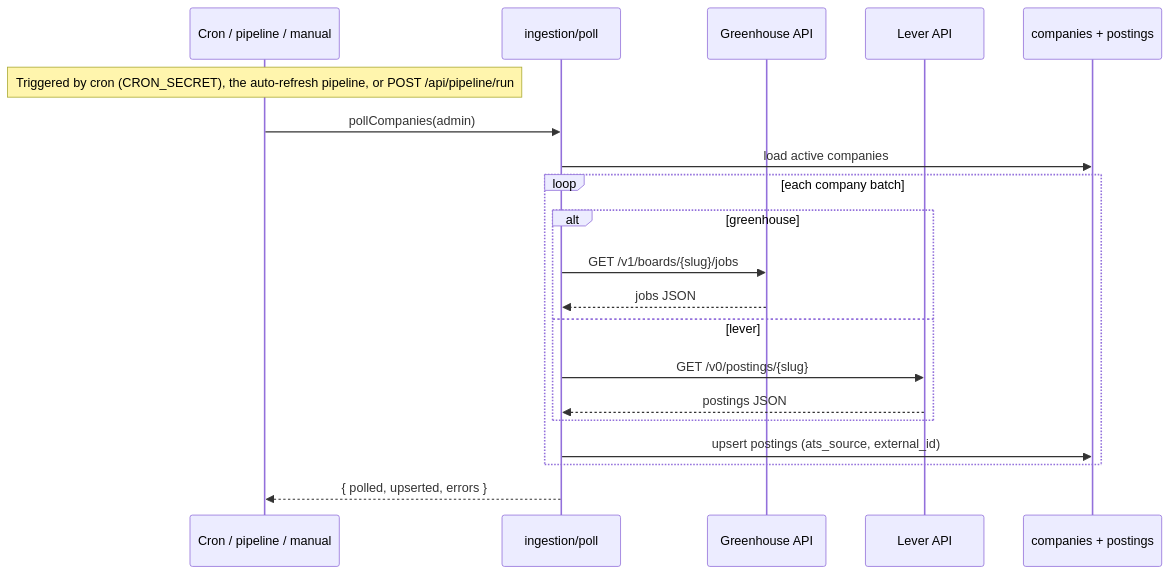
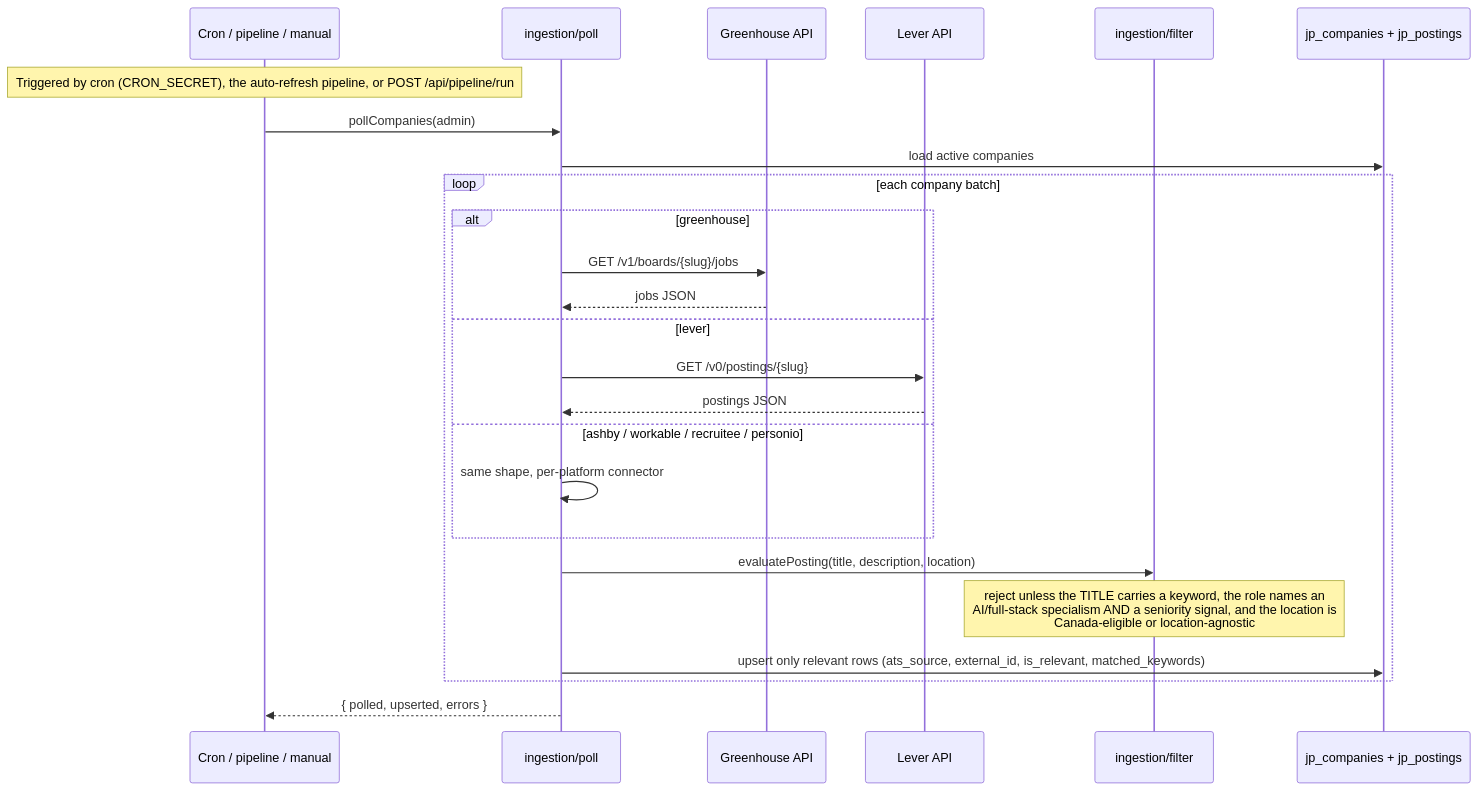
One commit to jxjwilliam/jobPilot changed the fifth of 13 diagrams in docs/03-jobpilot-workflow.md. Above: the diagram before and after it, drawn with Mermaid. The commit also changed other lines of this file and 19 other files, not shown here.

First line of the commit message:
feat(pipeline): widen ATS sources, add relevance gate, seed Canadian companies

````diff
--- a/docs/03-jobpilot-workflow.md
+++ b/docs/03-jobpilot-workflow.md
@@ -142,23 +142,28 @@
 ```mermaid
 sequenceDiagram
   participant Trig as Cron / pipeline / manual
   participant Ing as ingestion/poll
   participant GH as Greenhouse API
   participant LV as Lever API
-  participant DB as companies + postings
+  participant FL as ingestion/filter
+  participant DB as jp_companies + jp_postings
 
   Note over Trig: Triggered by cron (CRON_SECRET), the auto-refresh pipeline, or POST /api/pipeline/run
   Trig->>Ing: pollCompanies(admin)
   Ing->>DB: load active companies
   loop each company batch
     alt greenhouse
       Ing->>GH: GET /v1/boards/{slug}/jobs
       GH-->>Ing: jobs JSON
     else lever
       Ing->>LV: GET /v0/postings/{slug}
       LV-->>Ing: postings JSON
+    else ashby / workable / recruitee / personio
+      Ing->>Ing: same shape, per-platform connector
     end
-    Ing->>DB: upsert postings (ats_source, external_id)
+    Ing->>FL: evaluatePosting(title, description, location)
+    Note over FL: reject unless the TITLE carries a keyword, the role names an<br/>AI/full-stack specialism AND a seniority signal, and the location is<br/>Canada-eligible or location-agnostic
+    Ing->>DB: upsert only relevant rows (ats_source, external_id, is_relevant, matched_keywords)
   end
   Ing-->>Trig: { polled, upserted, errors }
 ```
````
